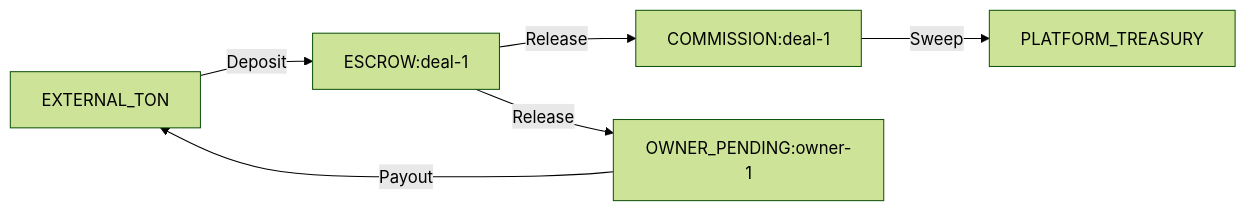
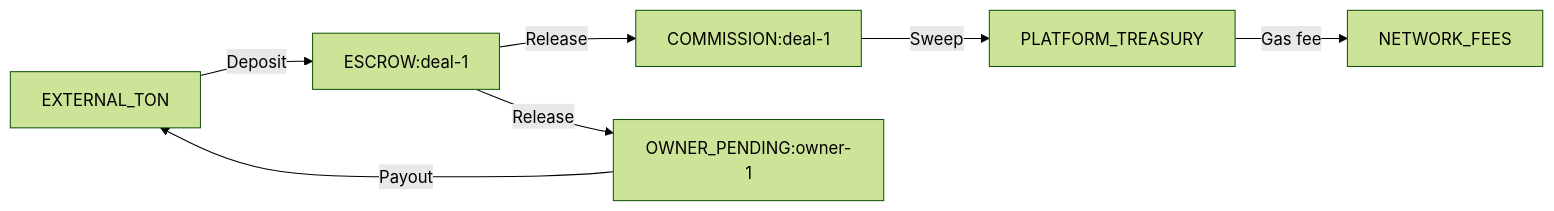
One commit to lonmstalker/advert-market changed the diagram in .memory-bank/07-financial-system/05-account-types.md. Above: the diagram before and after it, drawn with Mermaid (forest theme). The commit also changed other lines of this file and 27 other files, not shown here.

````diff
--- a/.memory-bank/07-financial-system/05-account-types.md
+++ b/.memory-bank/07-financial-system/05-account-types.md
@@ -66,8 +118,9 @@
 ```mermaid
 flowchart LR
     EXT[EXTERNAL_TON] -->|Deposit| ESC[ESCROW:deal-1]
     ESC -->|Release| COM[COMMISSION:deal-1]
     ESC -->|Release| OWN[OWNER_PENDING:owner-1]
     OWN -->|Payout| EXT
     COM -->|Sweep| TREAS[PLATFORM_TREASURY]
+    TREAS -->|Gas fee| FEES[NETWORK_FEES]
 ```
````
